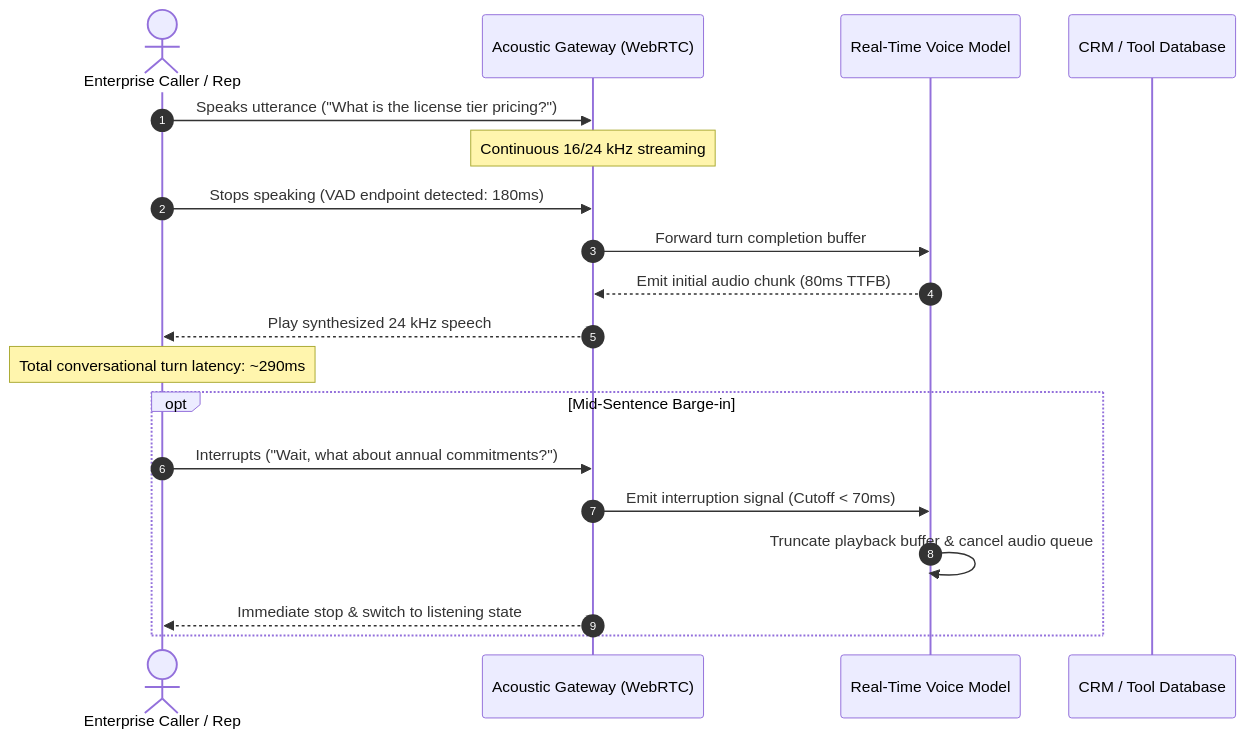
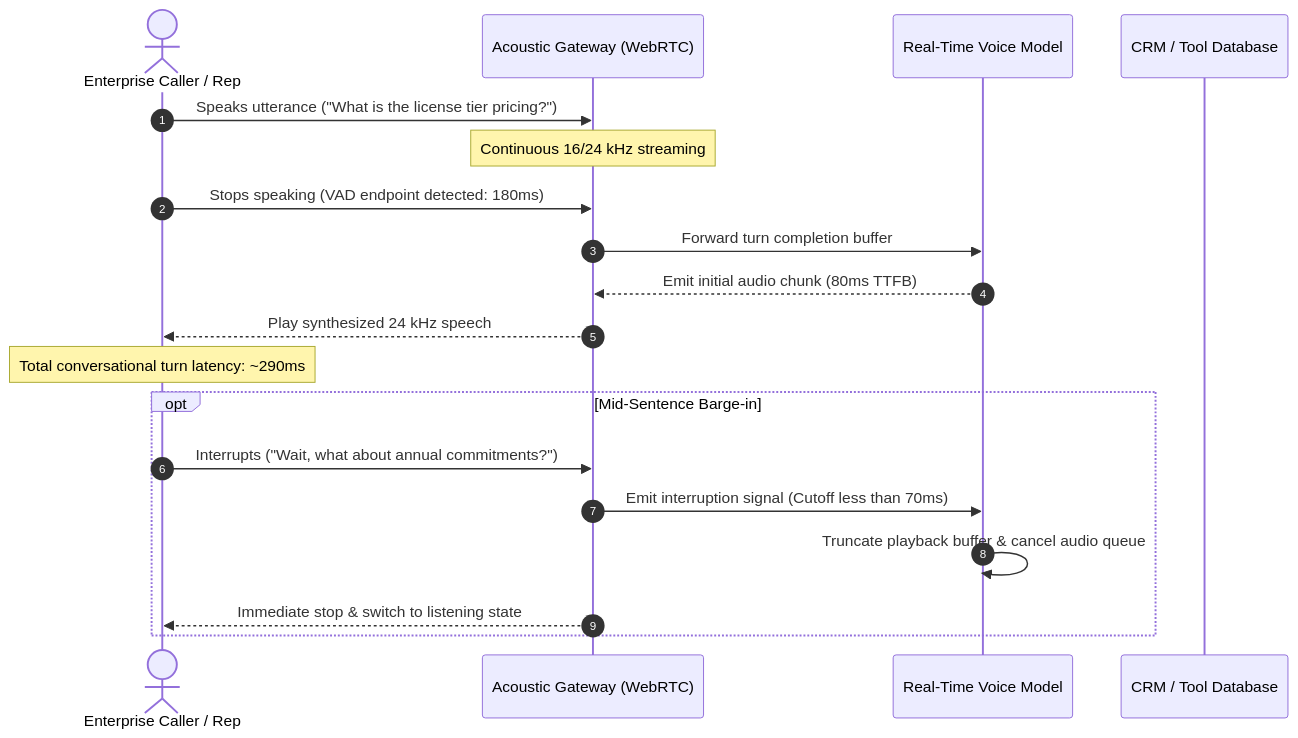
The second of 4 diagrams in data/blog/gpt-live-1-1-vs-gemini-3-8-live-technical-business-comparison-2026.mdx (ajitesh123/auto-interview), drawn with Mermaid before and after one commit. The commit also changed 155 other files, not shown here.

````diff
--- a/data/blog/gpt-live-1-1-vs-gemini-3-8-live-technical-business-comparison-2026.mdx
+++ b/data/blog/gpt-live-1-1-vs-gemini-3-8-live-technical-business-comparison-2026.mdx
@@ -219,23 +219,23 @@
 ```mermaid
 sequenceDiagram
     autonumber
     actor User as Enterprise Caller / Rep
     participant AudioGW as Acoustic Gateway (WebRTC)
     participant Model as Real-Time Voice Model
     participant Backend as CRM / Tool Database
 
     User->>AudioGW: Speaks utterance ("What is the license tier pricing?")
     Note over AudioGW: Continuous 16/24 kHz streaming
     User->>AudioGW: Stops speaking (VAD endpoint detected: 180ms)
     AudioGW->>Model: Forward turn completion buffer
     Model-->>AudioGW: Emit initial audio chunk (80ms TTFB)
     AudioGW-->>User: Play synthesized 24 kHz speech
     Note over User: Total conversational turn latency: ~290ms
 
     opt Mid-Sentence Barge-in
         User->>AudioGW: Interrupts ("Wait, what about annual commitments?")
-        AudioGW->>Model: Emit interruption signal (Cutoff < 70ms)
+        AudioGW->>Model: Emit interruption signal (Cutoff less than  70ms)
         Model->>Model: Truncate playback buffer & cancel audio queue
         AudioGW-->>User: Immediate stop & switch to listening state
     end
 ```
````
